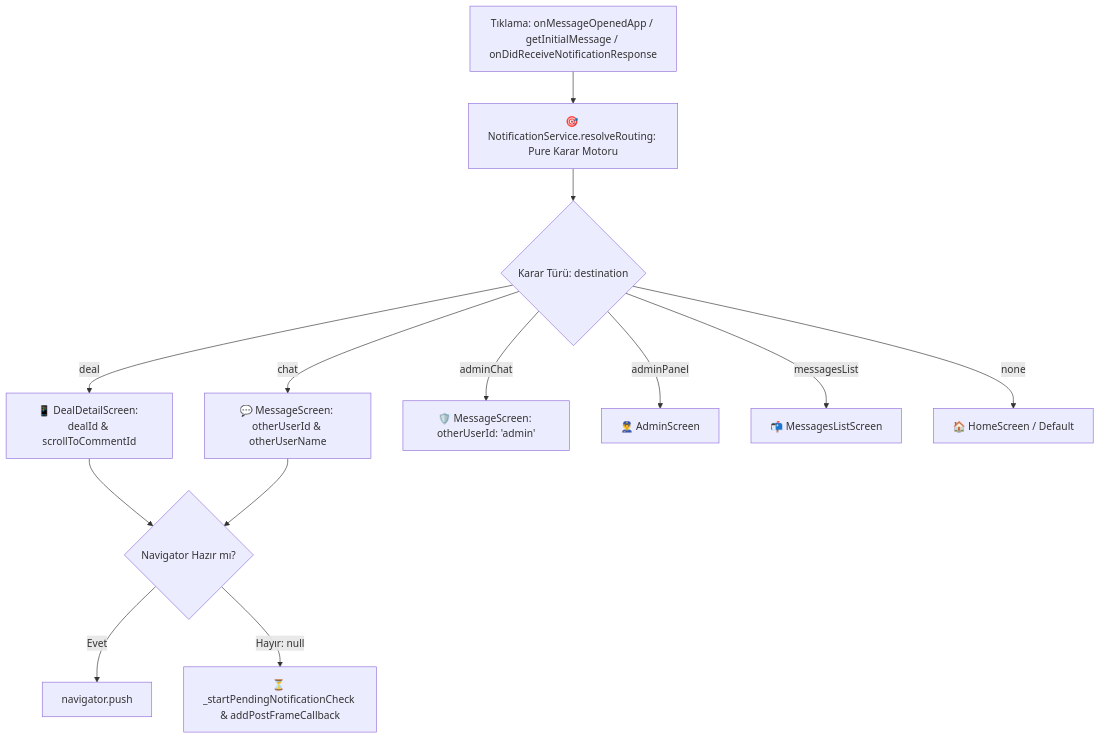
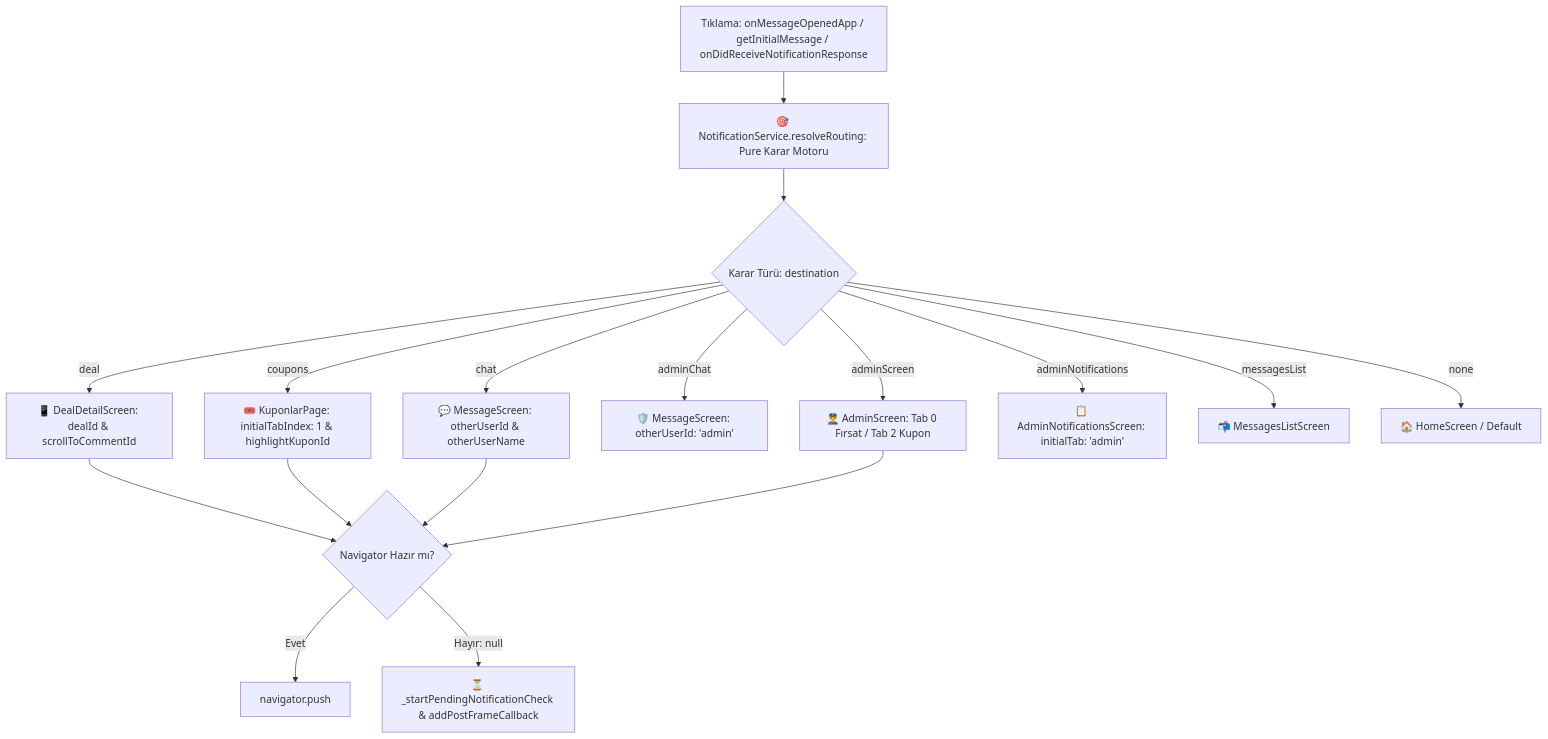
Before and after one commit to gky61/s-cak-f-rsatlar: the second of 2 diagrams in documentation/bildirimler/bildirim_sistemi_rehberi.md, drawn with Mermaid. The commit also changed other lines of this file and 2 other files, not shown here.

Commit message:
docs(coupons-notifications): sync documentation for dual-layer feed, admin push and full parity rules

````diff
--- a/documentation/bildirimler/bildirim_sistemi_rehberi.md
+++ b/documentation/bildirimler/bildirim_sistemi_rehberi.md
@@ -287,17 +334,21 @@
 ```mermaid
 graph TD
     Tap[Tıklama: onMessageOpenedApp / getInitialMessage / onDidReceiveNotificationResponse] --> Resolve[🎯 NotificationService.resolveRouting: Pure Karar Motoru]
     
     Resolve --> Decision{Karar Türü: destination}
     Decision -->|deal| DealNav[📱 DealDetailScreen: dealId & scrollToCommentId]
+    Decision -->|coupons| CouponNav[🎟️ KuponlarPage: initialTabIndex: 1 & highlightKuponId]
     Decision -->|chat| ChatNav[💬 MessageScreen: otherUserId & otherUserName]
     Decision -->|adminChat| AdminChatNav[🛡️ MessageScreen: otherUserId: 'admin']
-    Decision -->|adminPanel| AdminNav[👮‍♂️ AdminScreen]
+    Decision -->|adminScreen| AdminNav[👮‍♂️ AdminScreen: Tab 0 Fırsat / Tab 2 Kupon]
+    Decision -->|adminNotifications| AdminNotifsNav[📋 AdminNotificationsScreen: initialTab: 'admin']
     Decision -->|messagesList| MsgListNav[📬 MessagesListScreen]
     Decision -->|none| HomeNav[🏠 HomeScreen / Default]
     
     DealNav --> NavCheck{Navigator Hazır mı?}
+    CouponNav --> NavCheck
     ChatNav --> NavCheck
+    AdminNav --> NavCheck
     NavCheck -->|Evet| PushNav[navigator.push]
     NavCheck -->|Hayır: null| Queue[⏳ _startPendingNotificationCheck & addPostFrameCallback]
 ```
````
